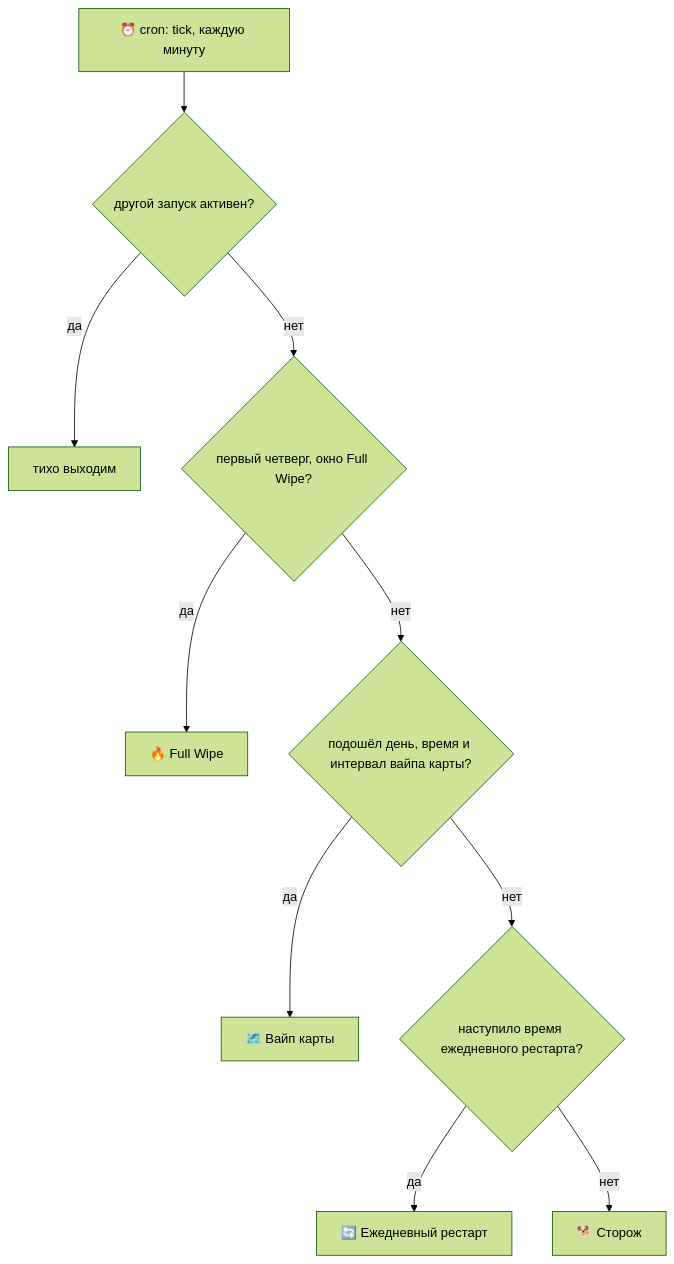
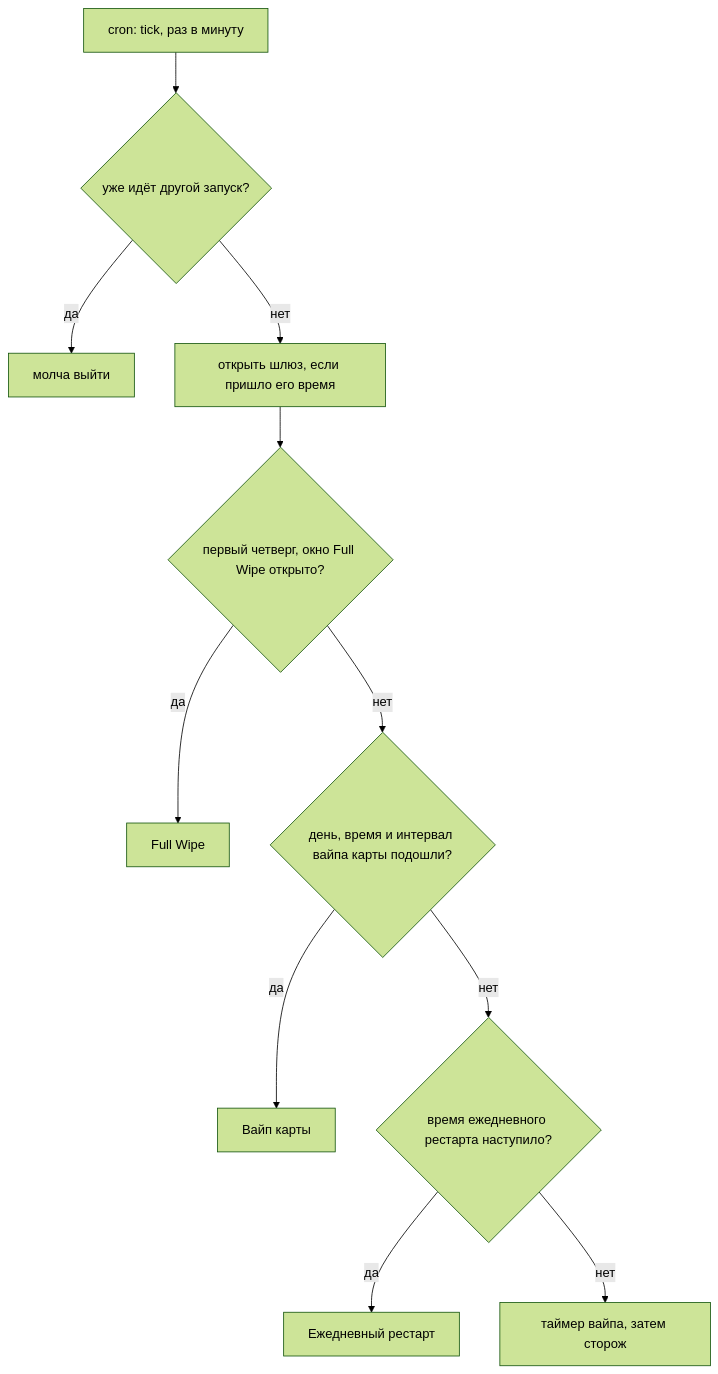
One commit to wobujidao/rust-wipe-manager changed the first of 5 diagrams in README_RU.md. Above: the diagram before and after it, drawn with Mermaid (forest theme). The commit also changed other lines of this file and 4 other files, not shown here.

````diff
--- a/README_RU.md
+++ b/README_RU.md
@@ -138,12 +356,13 @@
 ```mermaid
-graph TD
-    TICK["⏰ cron: tick, каждую минуту"] --> LOCK{"другой запуск активен?"}
-    LOCK -->|"да"| EXIT["тихо выходим"]
-    LOCK -->|"нет"| FW{"первый четверг, окно Full Wipe?"}
-    FW -->|"да"| FWRUN["🔥 Full Wipe"]
-    FW -->|"нет"| MW{"подошёл день, время и интервал вайпа карты?"}
-    MW -->|"да"| MWRUN["🗺️ Вайп карты"]
-    MW -->|"нет"| DR{"наступило время ежедневного рестарта?"}
-    DR -->|"да"| DRRUN["🔄 Ежедневный рестарт"]
-    DR -->|"нет"| WD["🐕 Сторож"]
+flowchart TD
+    T["cron: tick, раз в минуту"] --> L{"уже идёт другой запуск?"}
+    L -->|"да"| Q["молча выйти"]
+    L -->|"нет"| G["открыть шлюз, если пришло его время"]
+    G --> F{"первый четверг, окно Full Wipe открыто?"}
+    F -->|"да"| FW["Full Wipe"]
+    F -->|"нет"| M{"день, время и интервал вайпа карты подошли?"}
+    M -->|"да"| MW["Вайп карты"]
+    M -->|"нет"| D{"время ежедневного рестарта наступило?"}
+    D -->|"да"| DR["Ежедневный рестарт"]
+    D -->|"нет"| W["таймер вайпа, затем сторож"]
 ```
````
